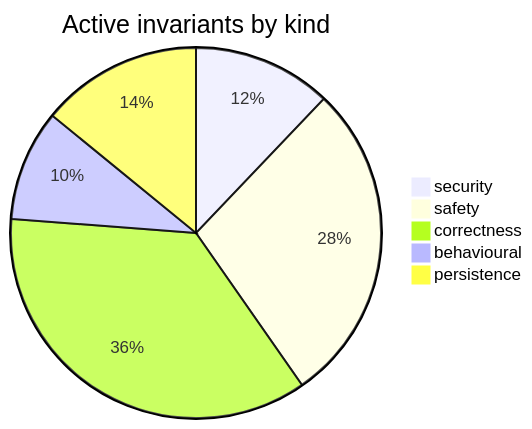
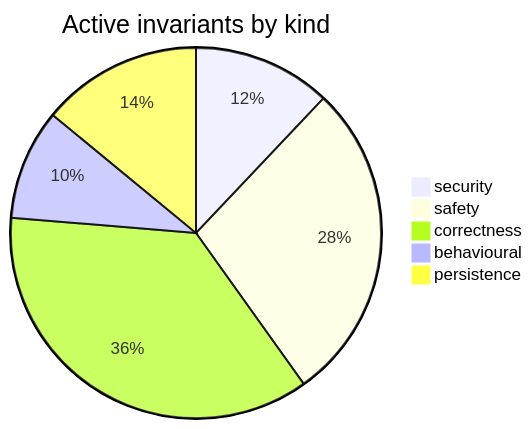
The diagram in docs/requirements-map.md (Lbstrydom/claude-engineering-skills), drawn with Mermaid before and after one commit. The commit also changed other lines of this file and 1 other file, not shown here.

````diff
--- a/docs/requirements-map.md
+++ b/docs/requirements-map.md
@@ -7,8 +7,8 @@
 ```mermaid
 pie title Active invariants by kind
   "security" : 55
   "safety" : 128
-  "correctness" : 163
+  "correctness" : 165
   "behavioural" : 44
   "persistence" : 64
 ```
````
